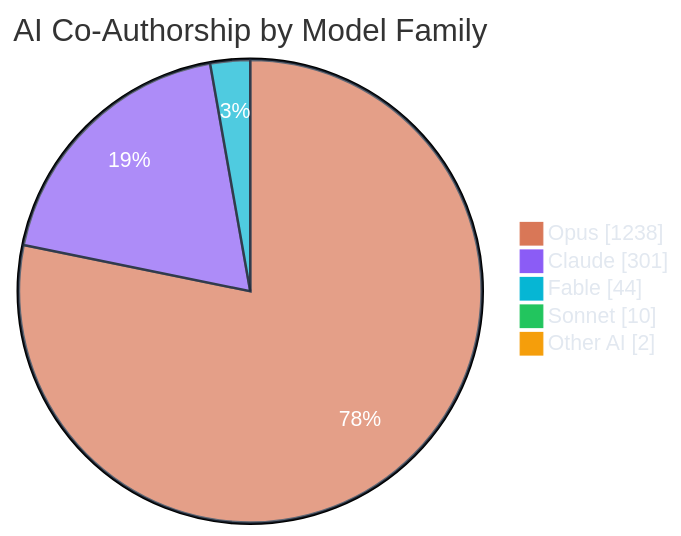
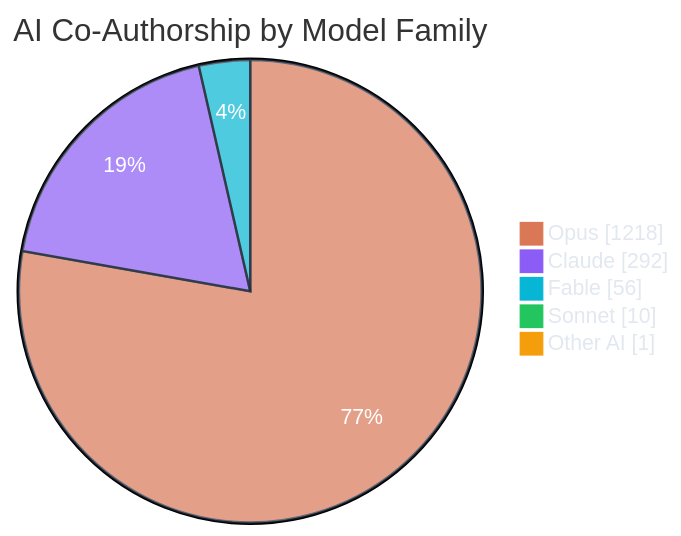
Before and after one commit to polo-nyan/polo-nyan: the third of 7 diagrams in README.md, drawn with Mermaid. The commit also changed other lines of this file and 1 other file, not shown here.

````diff
--- a/README.md
+++ b/README.md
@@ -279,10 +279,10 @@
 ```mermaid
 %%{init: {"theme": "base", "themeVariables": { "pie1": "#d97757", "pie2": "#8b5cf6", "pie3": "#06b6d4", "pie4": "#22c55e", "pie5": "#f59e0b", "pie6": "#ec4899", "pieTextColor": "#ffffff", "pieLegendTextColor": "#e2e8f0", "pieSectionTextColor": "#ffffff", "pieStrokeColor": "#1e293b" }}}%%
 pie showData
     title AI Co-Authorship by Model Family
-    "Opus" : 1238
-    "Claude" : 301
-    "Fable" : 44
+    "Opus" : 1218
+    "Claude" : 292
+    "Fable" : 56
     "Sonnet" : 10
-    "Other AI" : 2
+    "Other AI" : 1
 ```
````
